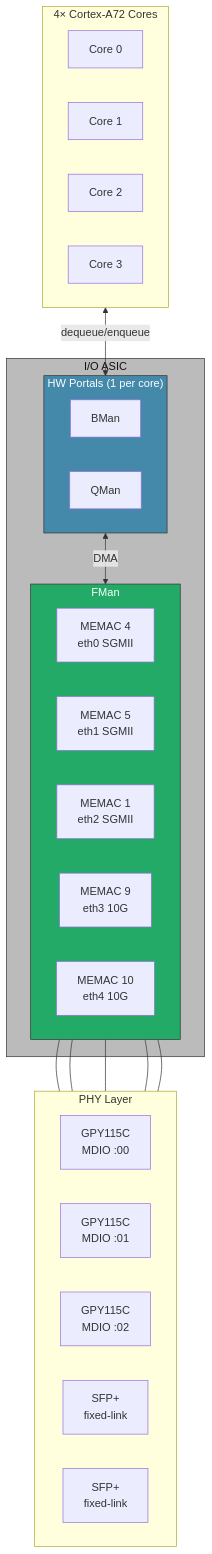
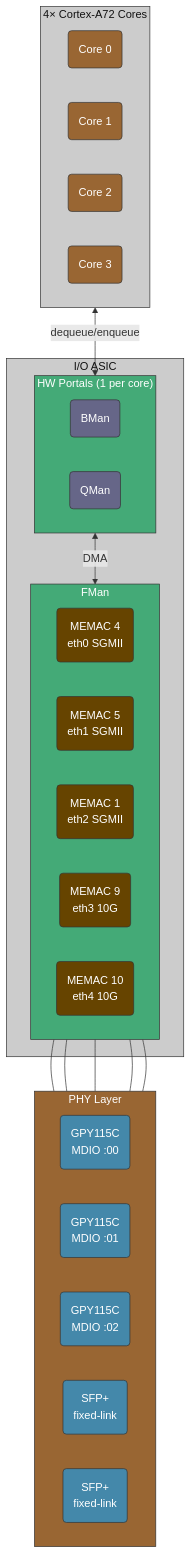
The diagram in HW-OFFLOADING.md (Daegara/vyos-ls1046a-build), drawn with Mermaid before and after one commit. The commit also changed 1 other file, not shown here.

Commit message:
Firmware - first pass
FIRMWARE.md
+ Adds a comprehensive firmware flashing guide for 'legacy', 'normal [firmware helper] and 'offline' methods
+ Detailed 'before you start' requirements
+ '101' style primers for various related topics
+ Signpost out towards Mono-imager
+ U-Boot env vars + save/retain methods
+ Step-by-step process for firmware update via each method inclusive of notes, and warnings
+ Very basic troubleshooting info

HW-OFFLOADING.md
+ Coloured diagrams

````diff
--- a/HW-OFFLOADING.md
+++ b/HW-OFFLOADING.md
@@ -24,40 +24,59 @@
 ```mermaid
 flowchart TB
   subgraph CORES ["4× Cortex-A72 Cores"]
-    C0["Core 0"] & C1["Core 1"] & C2["Core 2"] & C3["Core 3"]
+    C0("Core 0") & C1("Core 1") & C2("Core 2") & C3("Core 3")
   end
 
   subgraph PORTALS ["HW Portals (1 per core)"]
-    BP["BMan"] & QP["QMan"]
+    BP("BMan") & QP("QMan")
   end
 
   subgraph FMAN ["FMan"]
     direction LR
-    M0["MEMAC 4\neth0 SGMII"]
-    M1["MEMAC 5\neth1 SGMII"]
-    M2["MEMAC 1\neth2 SGMII"]
-    M3["MEMAC 9\neth3 10G"]
-    M4["MEMAC 10\neth4 10G"]
+    M0("MEMAC 4\neth0 SGMII")
+    M1("MEMAC 5\neth1 SGMII")
+    M2("MEMAC 1\neth2 SGMII")
+    M3("MEMAC 9\neth3 10G")
+    M4("MEMAC 10\neth4 10G")
   end
 
   subgraph PHY ["PHY Layer"]
     direction LR
-    G0["GPY115C\nMDIO :00"] & G1["GPY115C\nMDIO :01"] & G2["GPY115C\nMDIO :02"]
-    S1["SFP+\nfixed-link"] & S2["SFP+\nfixed-link"]
+    G0("GPY115C\nMDIO :00") & G1("GPY115C\nMDIO :01") & G2("GPY115C\nMDIO :02")
+    S1("SFP+\nfixed-link") & S2("SFP+\nfixed-link")
   end
   
   subgraph ASIC ["I/O ASIC"]
     PORTALS <-->|"DMA"| FMAN
     M0 --- G0
     M1 --- G1
     M2 --- G2
     M3 --- S1
     M4 --- S2
   end
   
   CORES <-->|"dequeue/enqueue"| PORTALS
   
-  style FMAN fill:#2a6,stroke:#333,color:#fff
-  style PORTALS fill:#48a,stroke:#333,color:#fff
-  style ASIC fill:#bbb,stroke:#333,color:#111
+  style ASIC fill:#ccc,stroke:#333,color:#111
+  style PORTALS fill:#4a7,stroke:#333,color:#fff
+  style BP fill:#668,stroke:#333,color:#fff
+  style QP fill:#668,stroke:#333,color:#fff 
+  style FMAN fill:#4a7,stroke:#333,color:#fff
+  style M0 fill:#640,stroke:#333,color:#fff
+  style M1 fill:#640,stroke:#333,color:#fff
+  style M2 fill:#640,stroke:#333,color:#fff
+  style M3 fill:#640,stroke:#333,color:#fff
+  style M4 fill:#640,stroke:#333,color:#fff
+  style PHY fill:#963,stroke:#333,color:#fff
+  style G0 fill:#48a,stroke:#333,color:#fff
+  style G1 fill:#48a,stroke:#333,color:#fff
+  style G2 fill:#48a,stroke:#333,color:#fff
+  style S1 fill:#48a,stroke:#333,color:#fff
+  style S2 fill:#48a,stroke:#333,color:#fff
+  style CORES fill:#ccc,stroke:#333,color:#111
+  style C0 fill:#963,stroke:#333,color:#fff
+  style C1 fill:#963,stroke:#333,color:#fff
+  style C2 fill:#963,stroke:#333,color:#fff
+  style C3 fill:#963,stroke:#333,color:#fff
+
 ```
````
